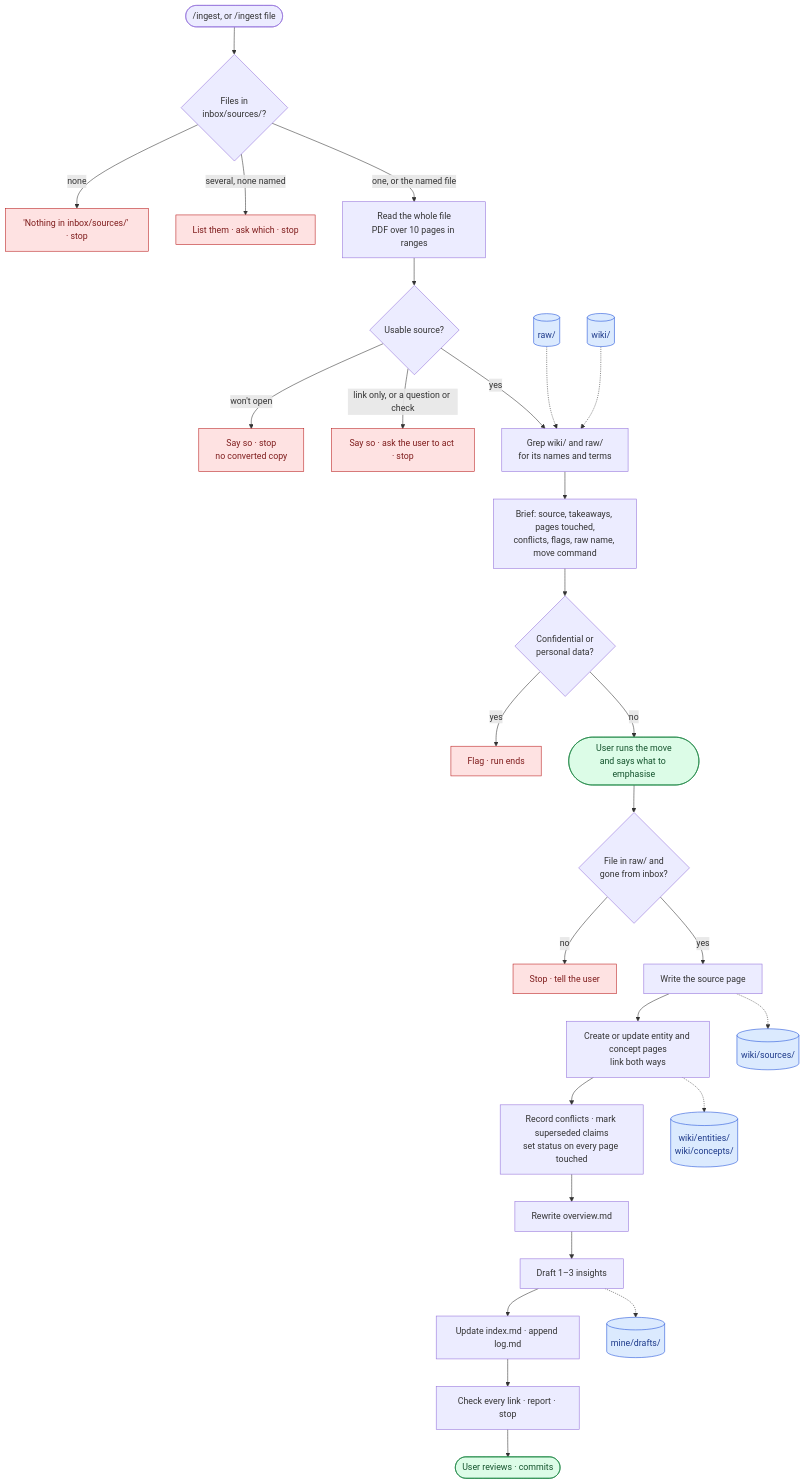
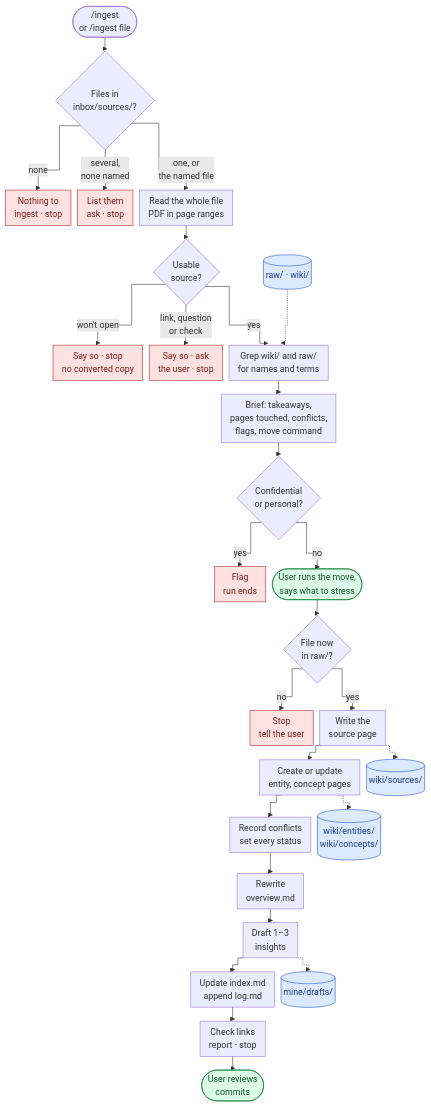
Before and after one commit to quocnguyen13/second-brain: the fifth of 16 diagrams in mine/projects/thinking-system/23 Product Requirements.md, drawn with Mermaid. The commit also changed other lines of this file and 5 other files, not shown here.

````diff
--- a/mine/projects/thinking-system/23 Product Requirements.md
+++ b/mine/projects/thinking-system/23 Product Requirements.md
@@ -415,36 +473,36 @@
 ```mermaid
+%%{init: {"flowchart": {"curve": "step", "useMaxWidth": true, "nodeSpacing": 12, "rankSpacing": 25, "padding": 8, "subGraphTitleMargin": {"top": 4, "bottom": 8}}}}%%
 flowchart TD
-    A(["/ingest, or /ingest file"]) --> B{"Files in<br/>inbox/sources/?"}
-    B -->|"none"| X1["'Nothing in inbox/sources/' · stop"]
-    B -->|"several, none named"| X2["List them · ask which · stop"]
-    B -->|"one, or the named file"| C["Read the whole file<br/>PDF over 10 pages in ranges"]
-    C --> D{"Usable source?"}
+    A(["/ingest<br/>or /ingest file"]) --> B{"Files in<br/>inbox/sources/?"}
+    B -->|"none"| X1["Nothing to<br/>ingest · stop"]
+    B -->|"several,<br/>none named"| X2["List them<br/>ask · stop"]
+    B -->|"one, or<br/>the named file"| C["Read the whole file<br/>PDF in page ranges"]
+    C --> D{"Usable<br/>source?"}
     D -->|"won't open"| X3["Say so · stop<br/>no converted copy"]
-    D -->|"link only, or a question or check"| X4["Say so · ask the user to act · stop"]
-    D -->|"yes"| E["Grep wiki/ and raw/<br/>for its names and terms"]
-    E --> F["Brief: source, takeaways, pages touched,<br/>conflicts, flags, raw name, move command"]
-    F --> G{"Confidential or<br/>personal data?"}
-    G -->|"yes"| X5["Flag · run ends"]
-    G -->|"no"| H(["User runs the move<br/>and says what to emphasise"])
-    H --> I{"File in raw/ and<br/>gone from inbox?"}
-    I -->|"no"| X6["Stop · tell the user"]
-    I -->|"yes"| J["Write the source page"]
-    J --> K["Create or update entity and concept pages<br/>link both ways"]
-    K --> L["Record conflicts · mark superseded claims<br/>set status on every page touched"]
-    L --> M["Rewrite overview.md"]
-    M --> N["Draft 1–3 insights"]
-    N --> O["Update index.md · append log.md"]
-    O --> P["Check every link · report · stop"]
-    P --> Q(["User reviews · commits"])
-    RW[("raw/")] -.-> E
-    WK[("wiki/")] -.-> E
+    D -->|"link, question<br/>or check"| X4["Say so · ask<br/>the user · stop"]
+    D -->|"yes"| E["Grep wiki/ and raw/<br/>for names and terms"]
+    E --> F["Brief: takeaways,<br/>pages touched, conflicts,<br/>flags, move command"]
+    F --> G{"Confidential<br/>or personal?"}
+    G -->|"yes"| X5["Flag<br/>run ends"]
+    G -->|"no"| H(["User runs the move,<br/>says what to stress"])
+    H --> I{"File now<br/>in raw/?"}
+    I -->|"no"| X6["Stop<br/>tell the user"]
+    I -->|"yes"| J["Write the<br/>source page"]
+    J --> K["Create or update<br/>entity, concept pages"]
+    K --> L["Record conflicts<br/>set every status"]
+    L --> M["Rewrite<br/>overview.md"]
+    M --> N["Draft 1–3<br/>insights"]
+    N --> O["Update index.md<br/>append log.md"]
+    O --> P["Check links<br/>report · stop"]
+    P --> Q(["User reviews<br/>commits"])
+    RW[("raw/ · wiki/")] -.-> E
     J -.-> WS[("wiki/sources/")]
     K -.-> WC[("wiki/entities/<br/>wiki/concepts/")]
     N -.-> DR[("mine/drafts/")]
     classDef user fill:#dcfce7,stroke:#15803d,color:#14532d
     classDef stop fill:#fee2e2,stroke:#b91c1c,color:#7f1d1d
     classDef store fill:#dbeafe,stroke:#1d4ed8,color:#1e3a8a
     class H,Q user
     class X1,X2,X3,X4,X5,X6 stop
-    class RW,WK,WS,WC,DR store
+    class RW,WS,WC,DR store
 ```
````
